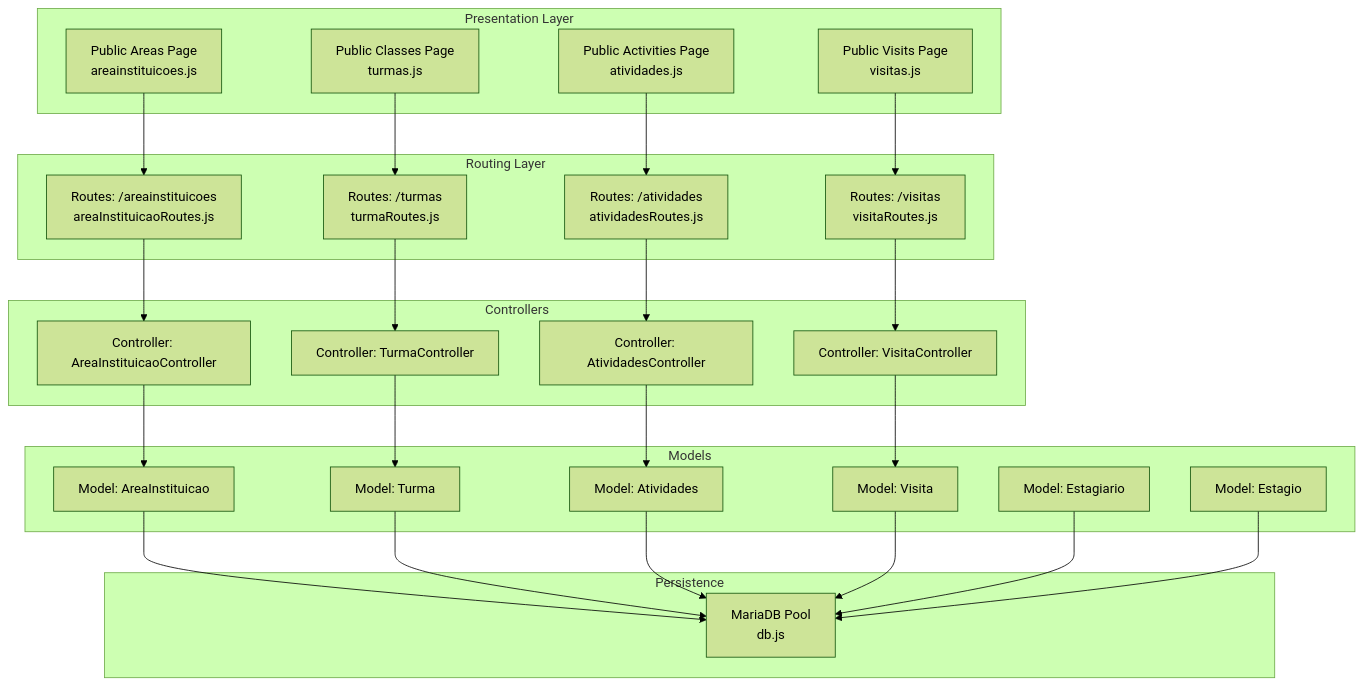
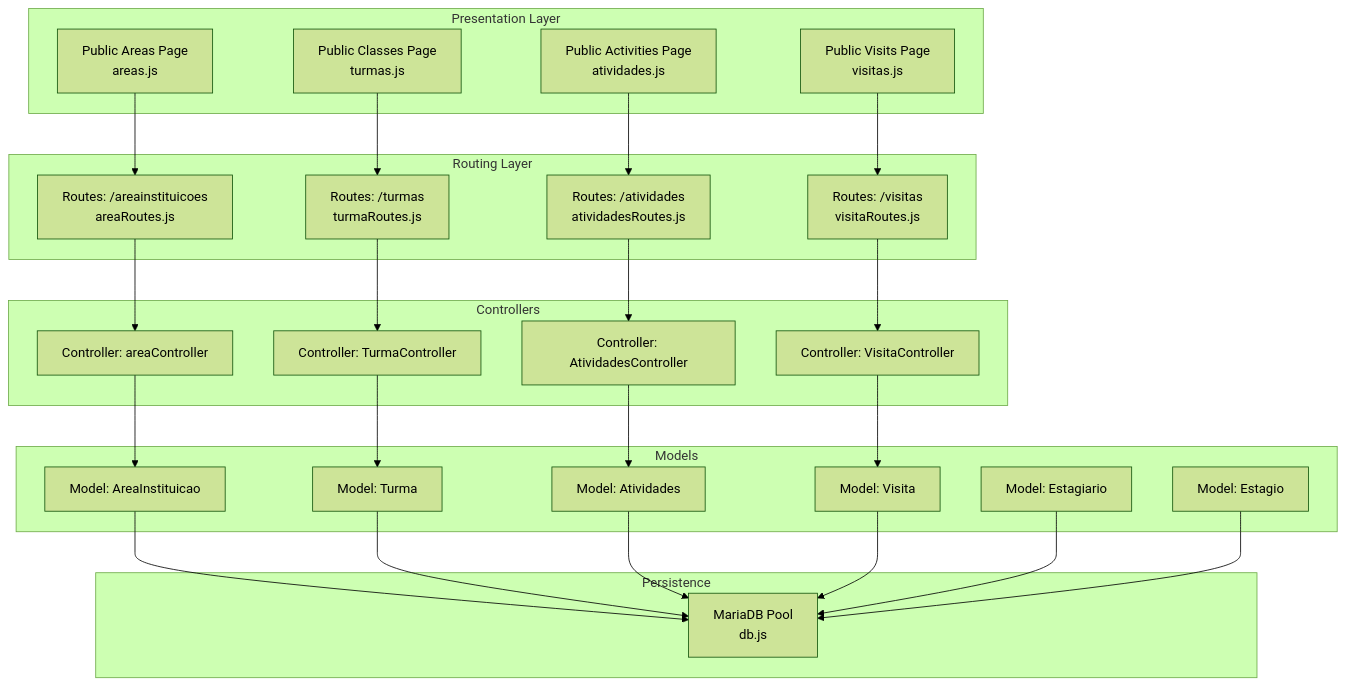
Before and after one commit to luiseduacosta/nodemural: the first of 8 diagrams in .qoder/repowiki/en/content/Data Models & Database Design/Institutional Management Models.md, drawn with Mermaid (forest theme). The commit also changed other lines of this file and 25 other files, not shown here.

````diff
--- a/.qoder/repowiki/en/content/Data Models & Database Design/Institutional Management Models.md
+++ b/.qoder/repowiki/en/content/Data Models & Database Design/Institutional Management Models.md
@@ -49,38 +49,38 @@
 ```mermaid
 graph TB
 subgraph "Presentation Layer"
-UI_Areas["Public Areas Page<br/>areainstituicoes.js"]
+UI_Areas["Public Areas Page<br/>areas.js"]
 UI_Turmas["Public Classes Page<br/>turmas.js"]
 UI_Atividades["Public Activities Page<br/>atividades.js"]
 UI_Visitas["Public Visits Page<br/>visitas.js"]
 end
 subgraph "Routing Layer"
-R_Areas["Routes: /areainstituicoes<br/>areaInstituicaoRoutes.js"]
+R_Areas["Routes: /areainstituicoes<br/>areaRoutes.js"]
 R_Turmas["Routes: /turmas<br/>turmaRoutes.js"]
 R_Ativ["Routes: /atividades<br/>atividadesRoutes.js"]
 R_Vis["Routes: /visitas<br/>visitaRoutes.js"]
 end
 subgraph "Controllers"
-C_Areas["Controller: AreaInstituicaoController"]
+C_Areas["Controller: areaController"]
 C_Turmas["Controller: TurmaController"]
 C_Ativ["Controller: AtividadesController"]
 C_Vis["Controller: VisitaController"]
 end
 subgraph "Models"
 M_Areas["Model: AreaInstituicao"]
 M_Turmas["Model: Turma"]
 M_Ativ["Model: Atividades"]
 M_Vis["Model: Visita"]
 M_Estagio["Model: Estagio"]
 M_Estag["Model: Estagiario"]
 end
 subgraph "Persistence"
 DB["MariaDB Pool<br/>db.js"]
 end
 UI_Areas --> R_Areas --> C_Areas --> M_Areas --> DB
 UI_Turmas --> R_Turmas --> C_Turmas --> M_Turmas --> DB
 UI_Atividades --> R_Ativ --> C_Ativ --> M_Ativ --> DB
 UI_Visitas --> R_Vis --> C_Vis --> M_Vis --> DB
 M_Estag --> DB
 M_Estagio --> DB
 ```
````
